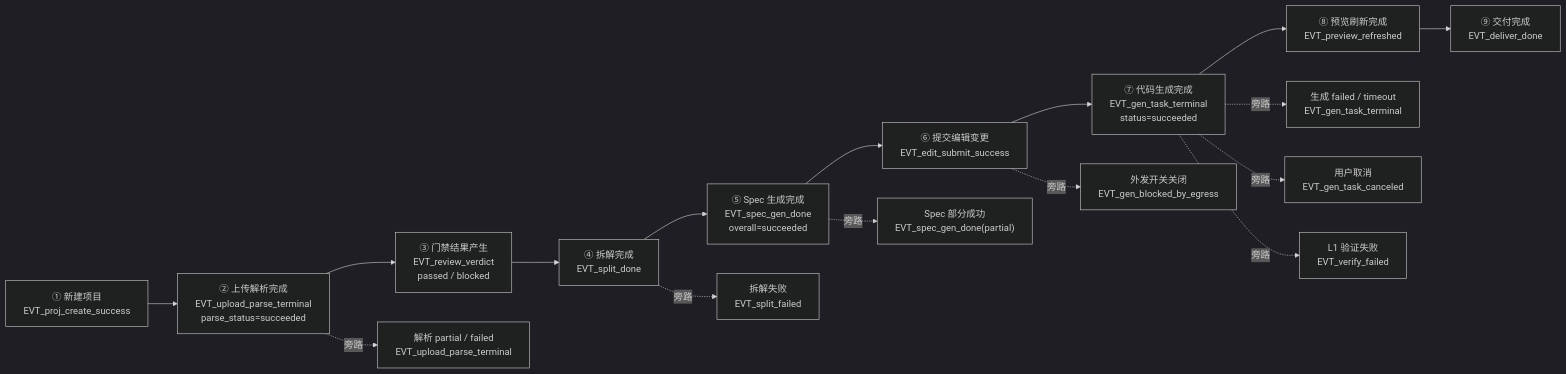
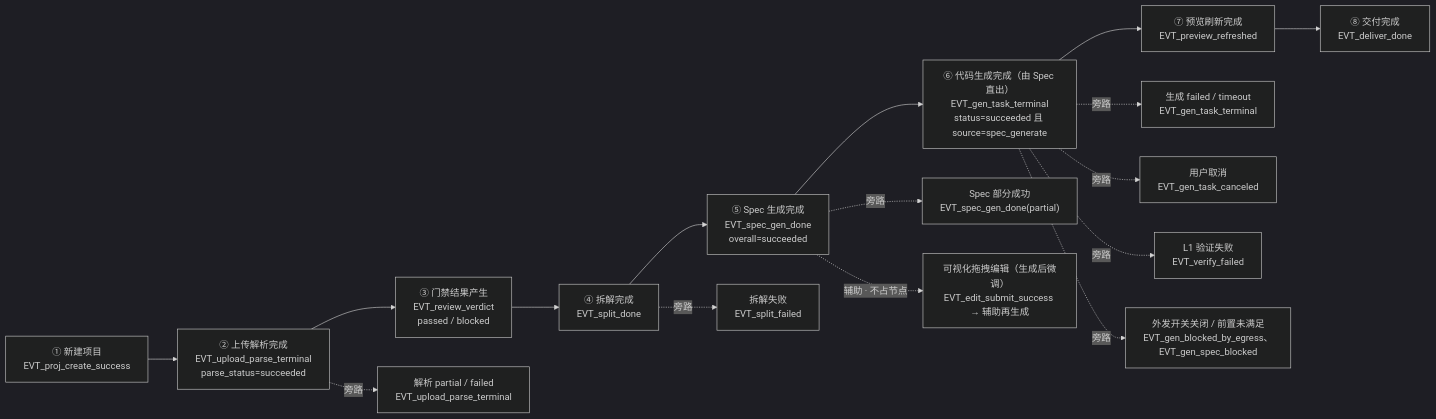
Before and after one commit to xiexinli/AutoDevelopment: the diagram in platform/specs/埋点-Spec.md, drawn with Mermaid (dark theme). The commit also changed other lines of this file and 37 other files, not shown here.

````diff
--- a/platform/specs/埋点-Spec.md
+++ b/platform/specs/埋点-Spec.md
@@ -436,19 +472,19 @@
 ```mermaid
 flowchart LR
     N1["① 新建项目<br/>EVT_proj_create_success"] --> N2["② 上传解析完成<br/>EVT_upload_parse_terminal<br/>parse_status=succeeded"]
     N2 --> N3["③ 门禁结果产生<br/>EVT_review_verdict<br/>passed / blocked"]
     N3 --> N4["④ 拆解完成<br/>EVT_split_done"]
     N4 --> N5["⑤ Spec 生成完成<br/>EVT_spec_gen_done<br/>overall=succeeded"]
-    N5 --> N6["⑥ 提交编辑变更<br/>EVT_edit_submit_success"]
-    N6 --> N7["⑦ 代码生成完成<br/>EVT_gen_task_terminal<br/>status=succeeded"]
-    N7 --> N8["⑧ 预览刷新完成<br/>EVT_preview_refreshed"]
-    N8 --> N9["⑨ 交付完成<br/>EVT_deliver_done"]
+    N5 --> N6["⑥ 代码生成完成（由 Spec 直出）<br/>EVT_gen_task_terminal<br/>status=succeeded 且 source=spec_generate"]
+    N6 --> N7["⑦ 预览刷新完成<br/>EVT_preview_refreshed"]
+    N7 --> N8["⑧ 交付完成<br/>EVT_deliver_done"]
 
     N2 -. 旁路 .-> B1["解析 partial / failed<br/>EVT_upload_parse_terminal"]
-    N7 -. 旁路 .-> B2["生成 failed / timeout<br/>EVT_gen_task_terminal"]
-    N7 -. 旁路 .-> B3["用户取消<br/>EVT_gen_task_canceled"]
-    N7 -. 旁路 .-> B4["L1 验证失败<br/>EVT_verify_failed"]
-    N6 -. 旁路 .-> B5["外发开关关闭<br/>EVT_gen_blocked_by_egress"]
+    N6 -. 旁路 .-> B2["生成 failed / timeout<br/>EVT_gen_task_terminal"]
+    N6 -. 旁路 .-> B3["用户取消<br/>EVT_gen_task_canceled"]
+    N6 -. 旁路 .-> B4["L1 验证失败<br/>EVT_verify_failed"]
+    N6 -. 旁路 .-> B5["外发开关关闭 / 前置未满足<br/>EVT_gen_blocked_by_egress、EVT_gen_spec_blocked"]
     N5 -. 旁路 .-> B6["Spec 部分成功<br/>EVT_spec_gen_done(partial)"]
     N4 -. 旁路 .-> B7["拆解失败<br/>EVT_split_failed"]
+    N5 -. 辅助 · 不占节点 .-> X1["可视化拖拽编辑（生成后微调）<br/>EVT_edit_submit_success → 辅助再生成"]
 ```
````
